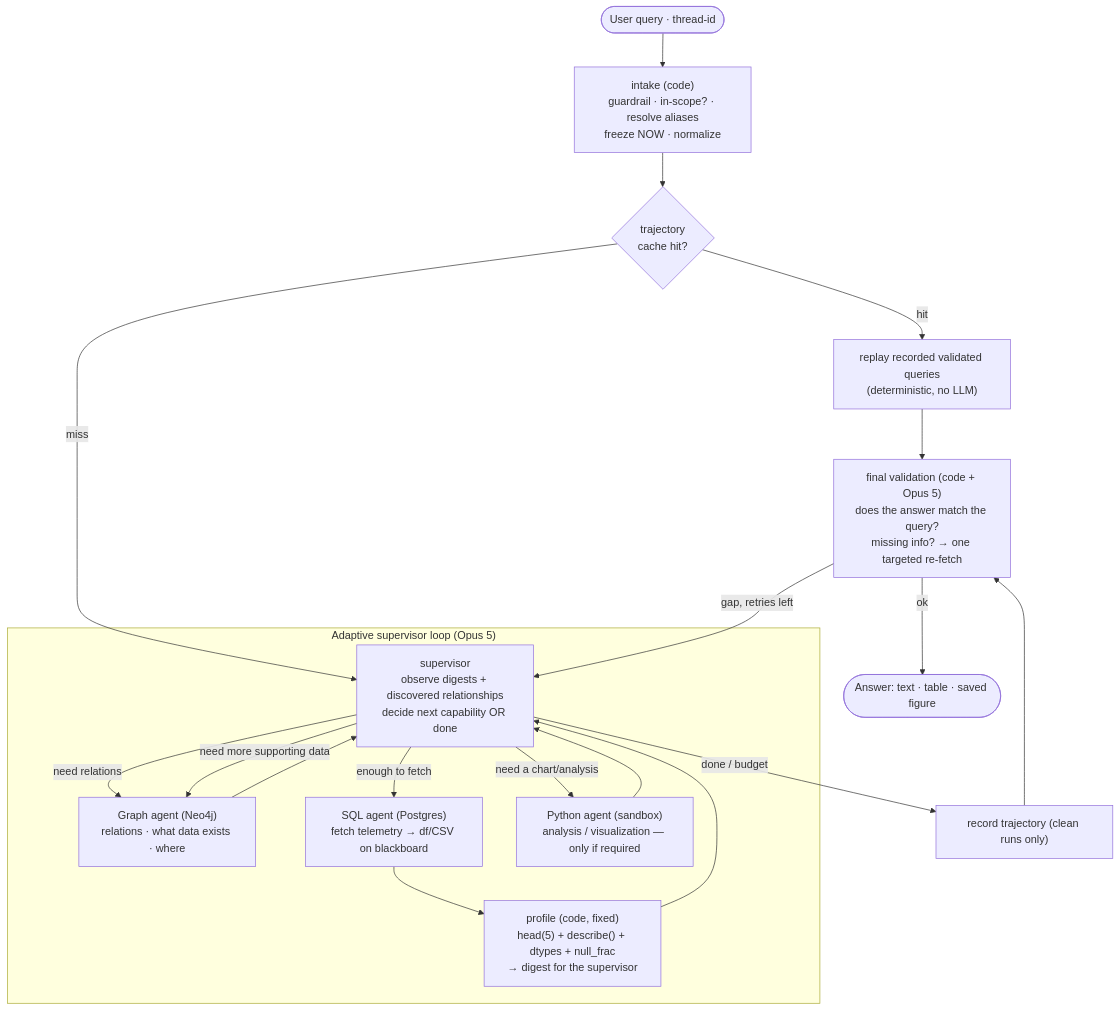
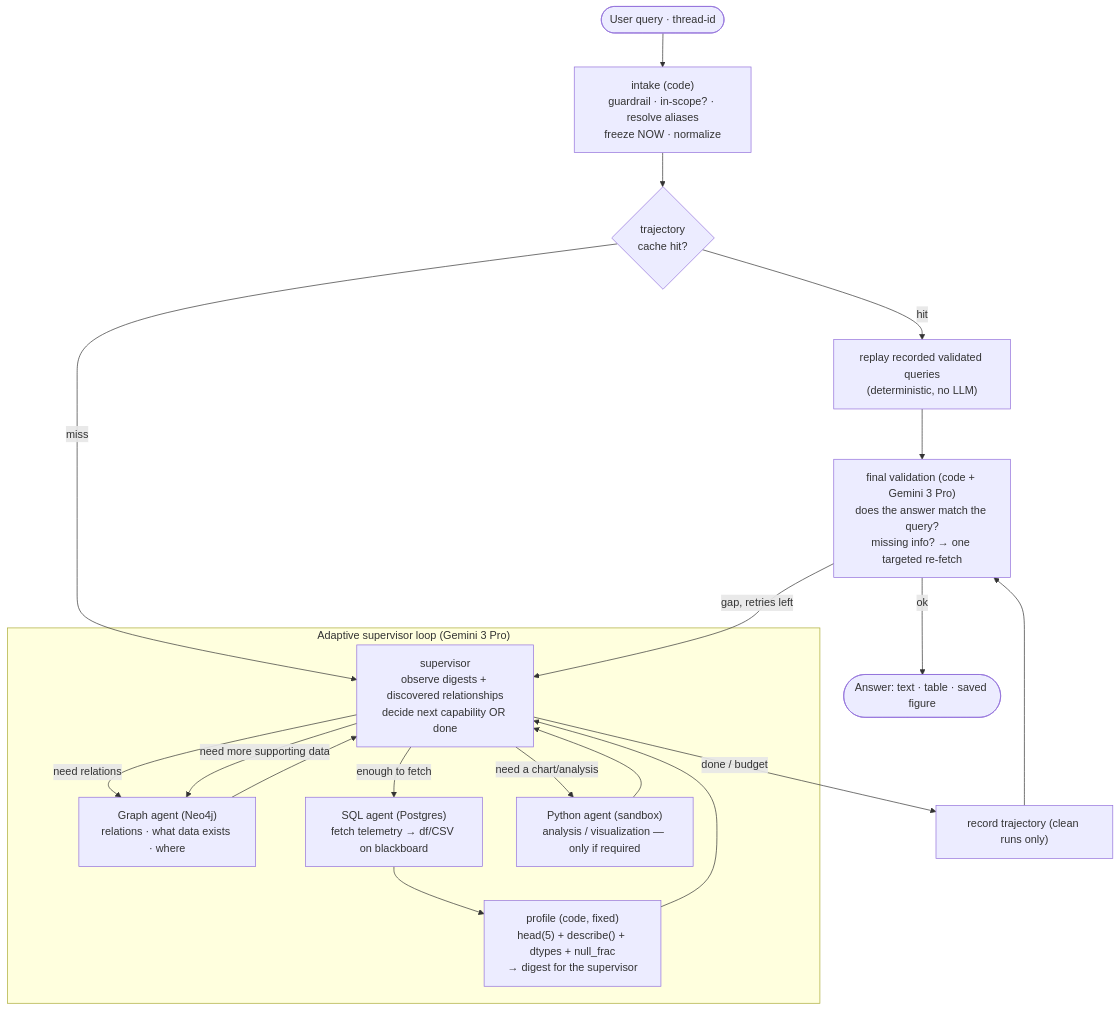
One commit to sriharsha8991/multi-agent-system changed the first of 6 diagrams in docs/agentic_design/08-langgraph-implementation.md. Above: the diagram before and after it, drawn with Mermaid. The commit also changed other lines of this file and 3 other files, not shown here.

````diff
--- a/docs/agentic_design/08-langgraph-implementation.md
+++ b/docs/agentic_design/08-langgraph-implementation.md
@@ -53,27 +54,27 @@
 ```mermaid
 flowchart TD
     Q([User query · thread-id]) --> INT["intake (code)<br/>guardrail · in-scope? · resolve aliases<br/>freeze NOW · normalize"]
     INT --> CACHE{trajectory<br/>cache hit?}
     CACHE -->|hit| RPL["replay recorded validated queries<br/>(deterministic, no LLM)"] --> VAL
     CACHE -->|miss| SUP
 
-    subgraph LOOP["Adaptive supervisor loop (Opus 5)"]
+    subgraph LOOP["Adaptive supervisor loop (Gemini 3 Pro)"]
         SUP["supervisor<br/>observe digests + discovered relationships<br/>decide next capability OR done"]
         G["Graph agent (Neo4j)<br/>relations · what data exists · where"]
         S["SQL agent (Postgres)<br/>fetch telemetry → df/CSV on blackboard"]
         PRO["profile (code, fixed)<br/>head(5) + describe() + dtypes + null_frac<br/>→ digest for the supervisor"]
         PY["Python agent (sandbox)<br/>analysis / visualization — only if required"]
     end
 
     SUP -->|need relations| G --> SUP
     SUP -->|enough to fetch| S --> PRO --> SUP
     SUP -->|need a chart/analysis| PY --> SUP
     SUP -->|need more supporting data| G
     SUP -->|done / budget| REC["record trajectory (clean runs only)"] --> VAL
 
-    VAL["final validation (code + Opus 5)<br/>does the answer match the query?<br/>missing info? → one targeted re-fetch"]
+    VAL["final validation (code + Gemini 3 Pro)<br/>does the answer match the query?<br/>missing info? → one targeted re-fetch"]
     VAL -->|ok| ANS([Answer: text · table · saved figure])
     VAL -->|gap, retries left| SUP
 
     classDef code fill:#e8f0fe,stroke:#3b6;
 ```
````
